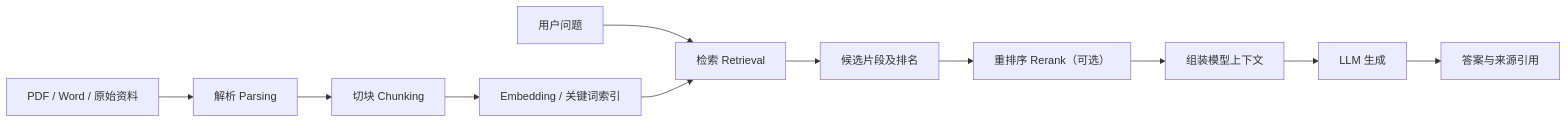
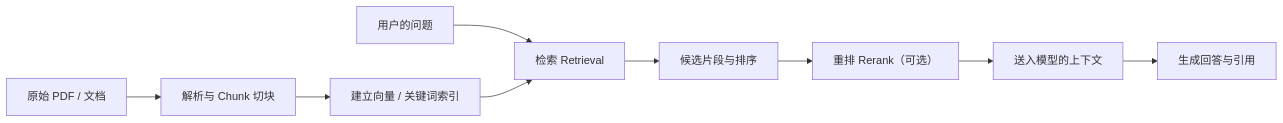
One commit to D1ChangGeng/D1ChangGeng changed the first of 4 diagrams in assets/insurance-agent-weekly/labs/week03-from-insurance-annotation-to-rag-evaluation.md. Above: the diagram before and after it, drawn with Mermaid. The commit also changed other lines of this file and 9 other files, not shown here.

````diff
--- a/assets/insurance-agent-weekly/labs/week03-from-insurance-annotation-to-rag-evaluation.md
+++ b/assets/insurance-agent-weekly/labs/week03-from-insurance-annotation-to-rag-evaluation.md
@@ -87,13 +27,11 @@
 ```mermaid
 flowchart LR
-  F["PDF / Word / 原始资料"] --> P["解析 Parsing"]
-  P --> C["切块 Chunking"]
-  C --> I["Embedding / 关键词索引"]
-  Q["用户问题"] --> R["检索 Retrieval"]
-  I --> R
-  R --> S["候选片段及排名"]
-  S --> RR["重排序 Rerank（可选）"]
-  RR --> CTX["组装模型上下文"]
-  CTX --> LLM["LLM 生成"]
-  LLM --> A["答案与来源引用"]
+  A[原始 PDF / 文档] --> B[解析与 Chunk 切块]
+  B --> C[建立向量 / 关键词索引]
+  D[用户的问题] --> E[检索 Retrieval]
+  C --> E
+  E --> F[候选片段与排序]
+  F --> G[重排 Rerank（可选）]
+  G --> H[送入模型的上下文]
+  H --> I[生成回答与引用]
 ```
````
